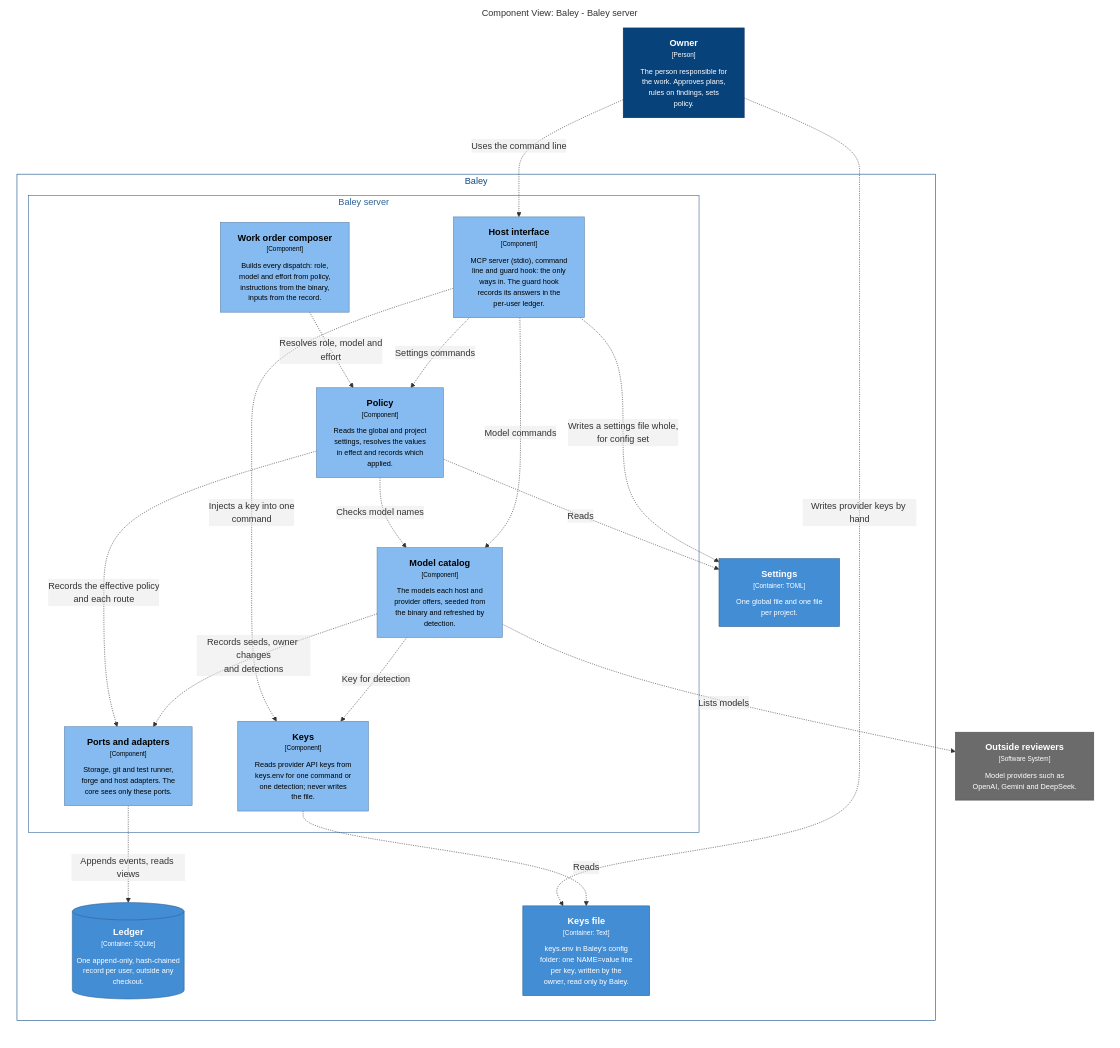
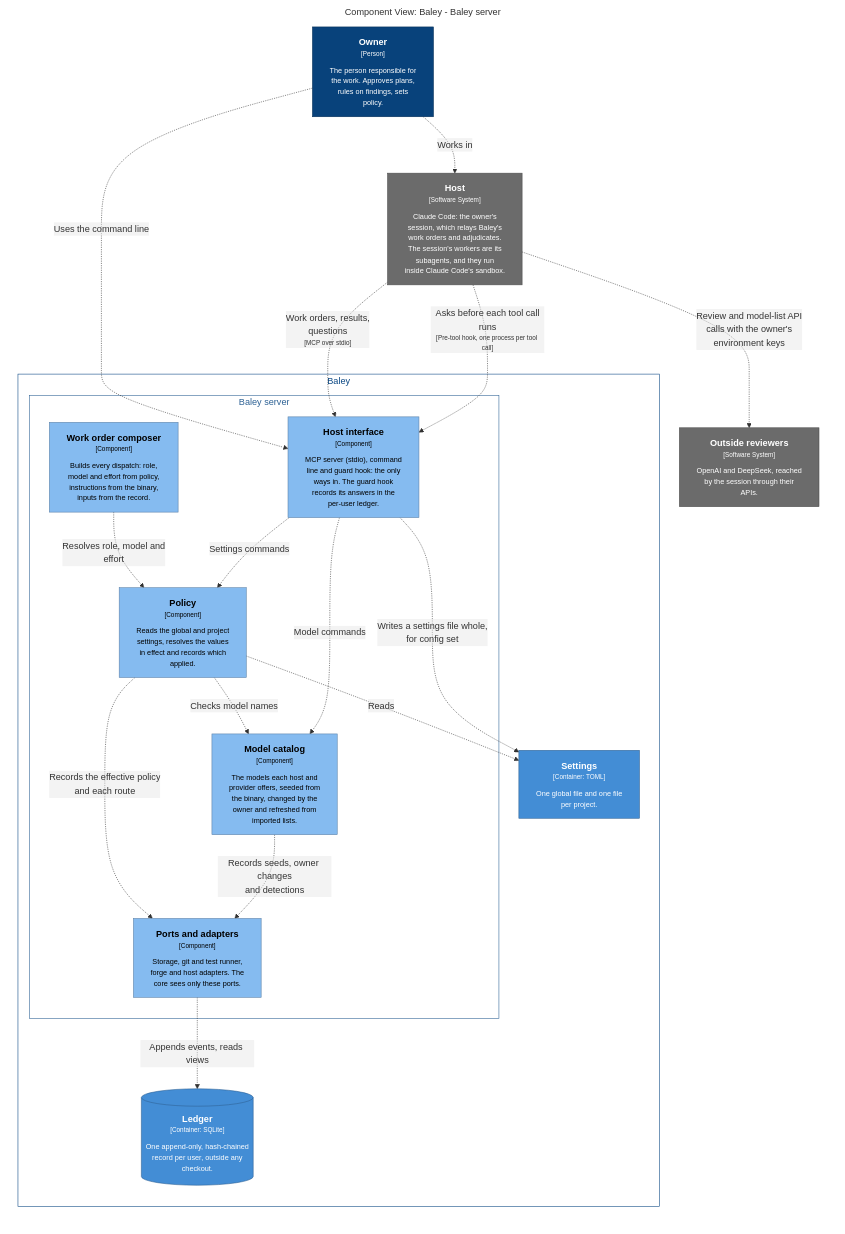
The first of 7 diagrams in docs/design/0003-configuration-and-routing.md (crenshawdev/baley), drawn with Mermaid before and after one commit. The commit also changed other lines of this file and 5 other files, not shown here.

First line of the commit message:
docs(design): move credentials and model fetching to the session

````diff
--- a/docs/design/0003-configuration-and-routing.md
+++ b/docs/design/0003-configuration-and-routing.md
@@ -28,59 +28,56 @@
 ```mermaid
 graph LR
   linkStyle default fill:none
 
   subgraph diagram ["Component View: Baley - Baley server"]
     style diagram fill:none,stroke:none
 
     1["<div style='font-weight: bold'>Owner</div><div style='font-size: 70%; margin-top: 0px'>[Person]</div><div style='font-size: 80%; margin-top:10px'>The person responsible for<br />the work. Approves plans,<br />rules on findings, sets<br />policy.</div>"]
     style 1 fill:#08427b,stroke:#052e56,color:#ffffff
 
-    18["<div style='font-weight: bold'>Outside reviewers</div><div style='font-size: 70%; margin-top: 0px'>[Software System]</div><div style='font-size: 80%; margin-top:10px'>Model providers such as<br />OpenAI, Gemini and DeepSeek.</div>"]
-    style 18 fill:#6b6b6b,stroke:#4d4d4d,color:#ffffff
+    13["<div style='font-weight: bold'>Host</div><div style='font-size: 70%; margin-top: 0px'>[Software System]</div><div style='font-size: 80%; margin-top:10px'>Claude Code: the owner's<br />session, which relays Baley's<br />work orders and adjudicates.<br />The session's workers are its<br />subagents, and they run<br />inside Claude Code's sandbox.</div>"]
+    style 13 fill:#6b6b6b,stroke:#4d4d4d,color:#ffffff
+    16["<div style='font-weight: bold'>Outside reviewers</div><div style='font-size: 70%; margin-top: 0px'>[Software System]</div><div style='font-size: 80%; margin-top:10px'>OpenAI and DeepSeek, reached<br />by the session through their<br />APIs.</div>"]
+    style 16 fill:#6b6b6b,stroke:#4d4d4d,color:#ffffff
 
     subgraph 2 ["Baley"]
       style 2 fill:none,stroke:#0b4884,color:#0b4884
 
       subgraph 3 ["Baley server"]
         style 3 fill:none,stroke:#2e6295,color:#2e6295
 
-        10["<div style='font-weight: bold'>Model catalog</div><div style='font-size: 70%; margin-top: 0px'>[Component]</div><div style='font-size: 80%; margin-top:10px'>The models each host and<br />provider offers, seeded from<br />the binary and refreshed by<br />detection.</div>"]
+        10["<div style='font-weight: bold'>Ports and adapters</div><div style='font-size: 70%; margin-top: 0px'>[Component]</div><div style='font-size: 80%; margin-top:10px'>Storage, git and test runner,<br />forge and host adapters. The<br />core sees only these ports.</div>"]
         style 10 fill:#85bbf0,stroke:#5d82a8,color:#000000
-        11["<div style='font-weight: bold'>Ports and adapters</div><div style='font-size: 70%; margin-top: 0px'>[Component]</div><div style='font-size: 80%; margin-top:10px'>Storage, git and test runner,<br />forge and host adapters. The<br />core sees only these ports.</div>"]
-        style 11 fill:#85bbf0,stroke:#5d82a8,color:#000000
         4["<div style='font-weight: bold'>Host interface</div><div style='font-size: 70%; margin-top: 0px'>[Component]</div><div style='font-size: 80%; margin-top:10px'>MCP server (stdio), command<br />line and guard hook: the only<br />ways in. The guard hook<br />records its answers in the<br />per-user ledger.</div>"]
         style 4 fill:#85bbf0,stroke:#5d82a8,color:#000000
         7["<div style='font-weight: bold'>Work order composer</div><div style='font-size: 70%; margin-top: 0px'>[Component]</div><div style='font-size: 80%; margin-top:10px'>Builds every dispatch: role,<br />model and effort from policy,<br />instructions from the binary,<br />inputs from the record.</div>"]
         style 7 fill:#85bbf0,stroke:#5d82a8,color:#000000
         8["<div style='font-weight: bold'>Policy</div><div style='font-size: 70%; margin-top: 0px'>[Component]</div><div style='font-size: 80%; margin-top:10px'>Reads the global and project<br />settings, resolves the values<br />in effect and records which<br />applied.</div>"]
         style 8 fill:#85bbf0,stroke:#5d82a8,color:#000000
-        9["<div style='font-weight: bold'>Keys</div><div style='font-size: 70%; margin-top: 0px'>[Component]</div><div style='font-size: 80%; margin-top:10px'>Reads provider API keys from<br />keys.env for one command or<br />one detection; never writes<br />the file.</div>"]
+        9["<div style='font-weight: bold'>Model catalog</div><div style='font-size: 70%; margin-top: 0px'>[Component]</div><div style='font-size: 80%; margin-top:10px'>The models each host and<br />provider offers, seeded from<br />the binary, changed by the<br />owner and refreshed from<br />imported lists.</div>"]
         style 9 fill:#85bbf0,stroke:#5d82a8,color:#000000
       end
 
-      12[("<div style='font-weight: bold'>Ledger</div><div style='font-size: 70%; margin-top: 0px'>[Container: SQLite]</div><div style='font-size: 80%; margin-top:10px'>One append-only, hash-chained<br />record per user, outside any<br />checkout.</div>")]
+      11[("<div style='font-weight: bold'>Ledger</div><div style='font-size: 70%; margin-top: 0px'>[Container: SQLite]</div><div style='font-size: 80%; margin-top:10px'>One append-only, hash-chained<br />record per user, outside any<br />checkout.</div>")]
+      style 11 fill:#438dd5,stroke:#2e6295,color:#ffffff
+      12["<div style='font-weight: bold'>Settings</div><div style='font-size: 70%; margin-top: 0px'>[Container: TOML]</div><div style='font-size: 80%; margin-top:10px'>One global file and one file<br />per project.</div>"]
       style 12 fill:#438dd5,stroke:#2e6295,color:#ffffff
-      13["<div style='font-weight: bold'>Settings</div><div style='font-size: 70%; margin-top: 0px'>[Container: TOML]</div><div style='font-size: 80%; margin-top:10px'>One global file and one file<br />per project.</div>"]
-      style 13 fill:#438dd5,stroke:#2e6295,color:#ffffff
-      14["<div style='font-weight: bold'>Keys file</div><div style='font-size: 70%; margin-top: 0px'>[Container: Text]</div><div style='font-size: 80%; margin-top:10px'>keys.env in Baley's config<br />folder: one NAME=value line<br />per key, written by the<br />owner, read only by Baley.</div>"]
-      style 14 fill:#438dd5,stroke:#2e6295,color:#ffffff
     end
 
+    1-. "<div>Works in</div><div style='font-size: 70%'></div>" .->13
     1-. "<div>Uses the command line</div><div style='font-size: 70%'></div>" .->4
-    1-. "<div>Writes provider keys by hand</div><div style='font-size: 70%'></div>" .->14
+    13-. "<div>Work orders, results,<br />questions</div><div style='font-size: 70%'>[MCP over stdio]</div>" .->4
+    13-. "<div>Asks before each tool call<br />runs</div><div style='font-size: 70%'>[Pre-tool hook, one process per tool call]</div>" .->4
+    13-. "<div>Review and model-list API<br />calls with the owner's<br />environment keys</div><div style='font-size: 70%'></div>" .->16
     7-. "<div>Resolves role, model and<br />effort</div><div style='font-size: 70%'></div>" .->8
-    8-. "<div>Reads</div><div style='font-size: 70%'></div>" .->13
-    4-. "<div>Writes a settings file whole,<br />for config set</div><div style='font-size: 70%'></div>" .->13
-    8-. "<div>Checks model names</div><div style='font-size: 70%'></div>" .->10
-    8-. "<div>Records the effective policy<br />and each route</div><div style='font-size: 70%'></div>" .->11
+    8-. "<div>Reads</div><div style='font-size: 70%'></div>" .->12
+    4-. "<div>Writes a settings file whole,<br />for config set</div><div style='font-size: 70%'></div>" .->12
+    8-. "<div>Checks model names</div><div style='font-size: 70%'></div>" .->9
+    8-. "<div>Records the effective policy<br />and each route</div><div style='font-size: 70%'></div>" .->10
     4-. "<div>Settings commands</div><div style='font-size: 70%'></div>" .->8
-    4-. "<div>Model commands</div><div style='font-size: 70%'></div>" .->10
-    4-. "<div>Injects a key into one<br />command</div><div style='font-size: 70%'></div>" .->9
-    9-. "<div>Reads</div><div style='font-size: 70%'></div>" .->14
-    10-. "<div>Key for detection</div><div style='font-size: 70%'></div>" .->9
-    10-. "<div>Lists models</div><div style='font-size: 70%'></div>" .->18
-    10-. "<div>Records seeds, owner changes<br />and detections</div><div style='font-size: 70%'></div>" .->11
-    11-. "<div>Appends events, reads views</div><div style='font-size: 70%'></div>" .->12
+    4-. "<div>Model commands</div><div style='font-size: 70%'></div>" .->9
+    9-. "<div>Records seeds, owner changes<br />and detections</div><div style='font-size: 70%'></div>" .->10
+    10-. "<div>Appends events, reads views</div><div style='font-size: 70%'></div>" .->11
 
   end
 ```
````
